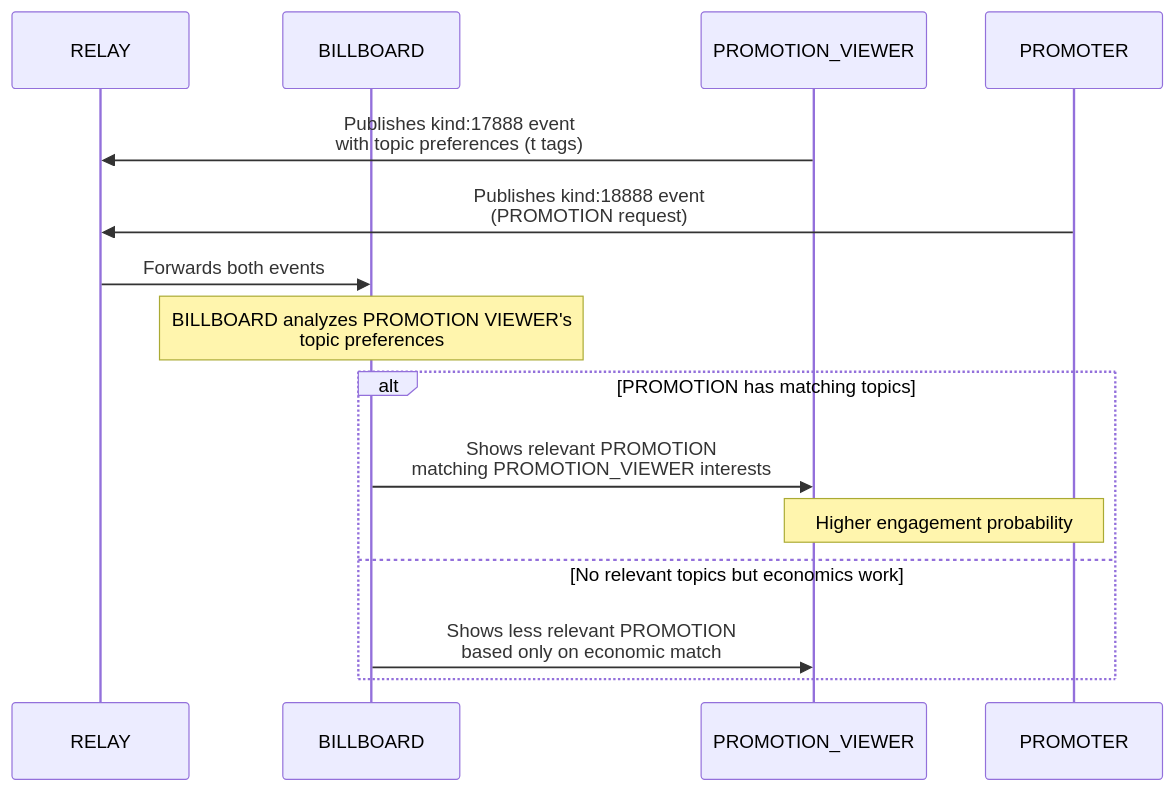
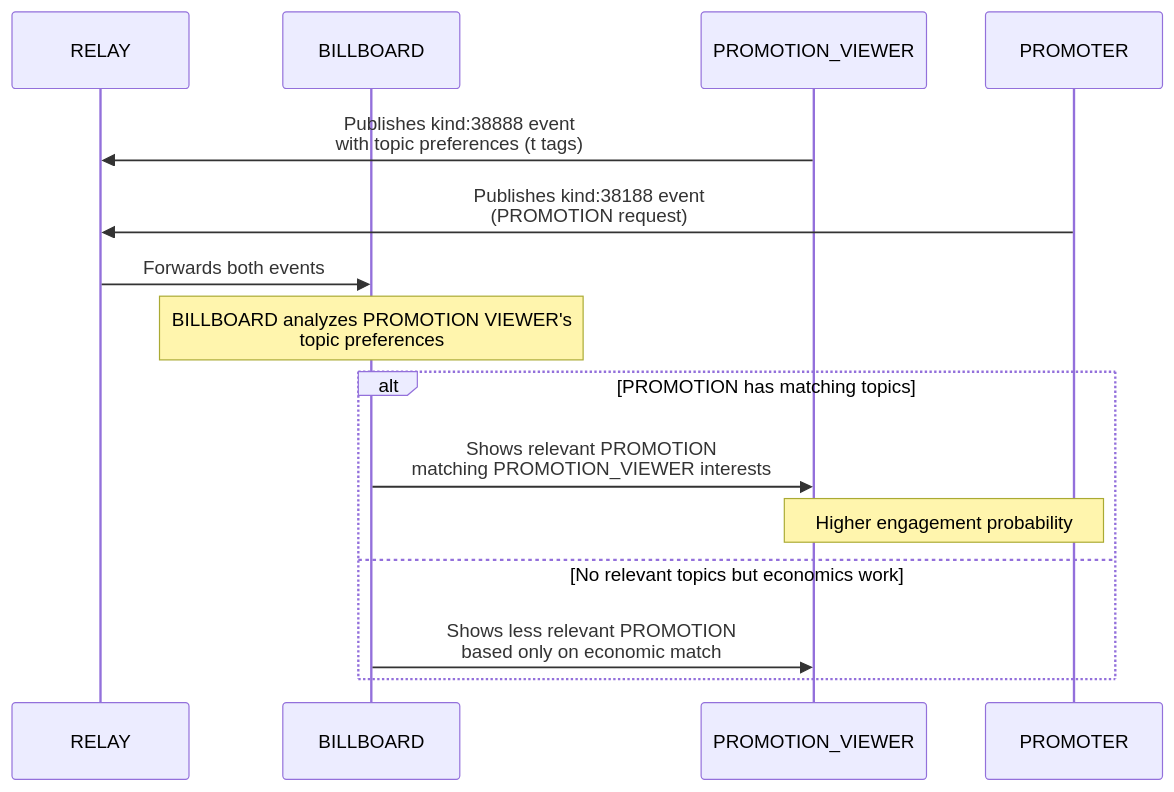
The diagram in NIP-X4.md (joinnextblock/attn-protocol), drawn with Mermaid before and after one commit. The commit also changed other lines of this file and 12 other files, not shown here.

````diff
--- a/NIP-X4.md
+++ b/NIP-X4.md
@@ -129,20 +127,20 @@
 ```mermaid
 sequenceDiagram
     participant RELAY
     participant BILLBOARD
     participant PROMOTION_VIEWER
     participant PROMOTER
 
-    PROMOTION_VIEWER->>RELAY: Publishes kind:17888 event<br/>with topic preferences (t tags)
-    PROMOTER->>RELAY: Publishes kind:18888 event<br/>(PROMOTION request)
+    PROMOTION_VIEWER->>RELAY: Publishes kind:38888 event<br/>with topic preferences (t tags)
+    PROMOTER->>RELAY: Publishes kind:38188 event<br/>(PROMOTION request)
     RELAY->>BILLBOARD: Forwards both events
     
     Note over BILLBOARD: BILLBOARD analyzes PROMOTION VIEWER's<br/>topic preferences
     
     alt PROMOTION has matching topics
         BILLBOARD->>PROMOTION_VIEWER: Shows relevant PROMOTION<br/>matching PROMOTION_VIEWER interests
         Note over PROMOTION_VIEWER,PROMOTER: Higher engagement probability
     else No relevant topics but economics work
         BILLBOARD->>PROMOTION_VIEWER: Shows less relevant PROMOTION<br/>based only on economic match
     end
 ```
````
